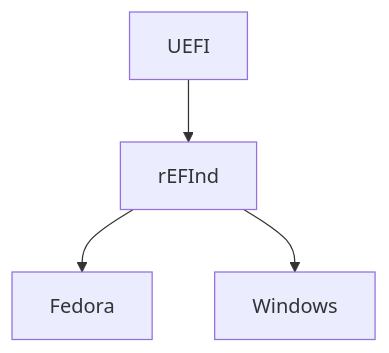
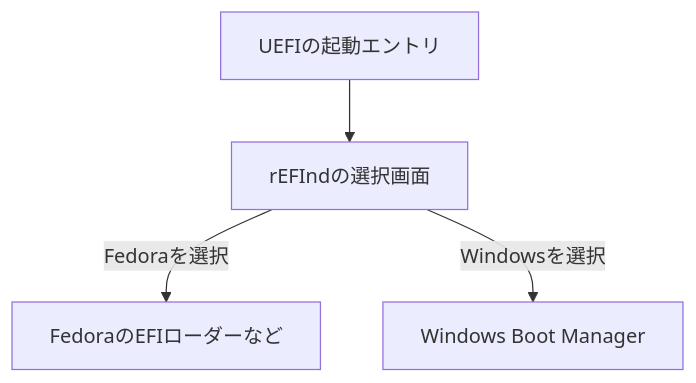
The diagram in src/content/posts/Knowledge/refind-dual-boot.md (kurosiko/trail), drawn with Mermaid before and after one commit. The commit also changed other lines of this file and 67 other files, not shown here.

````diff
--- a/src/content/posts/Knowledge/refind-dual-boot.md
+++ b/src/content/posts/Knowledge/refind-dual-boot.md
@@ -18,6 +16,7 @@
 ```mermaid
 flowchart TD
-  U[UEFI] --> R[rEFInd]
-  R --> F[Fedora]
-  R --> W[Windows]
+  accTitle: UEFIから各OSの起動処理へ渡す
+  U[UEFIの起動エントリ] --> R[rEFIndの選択画面]
+  R -->|Fedoraを選択| F[FedoraのEFIローダーなど]
+  R -->|Windowsを選択| W[Windows Boot Manager]
 ```
````
